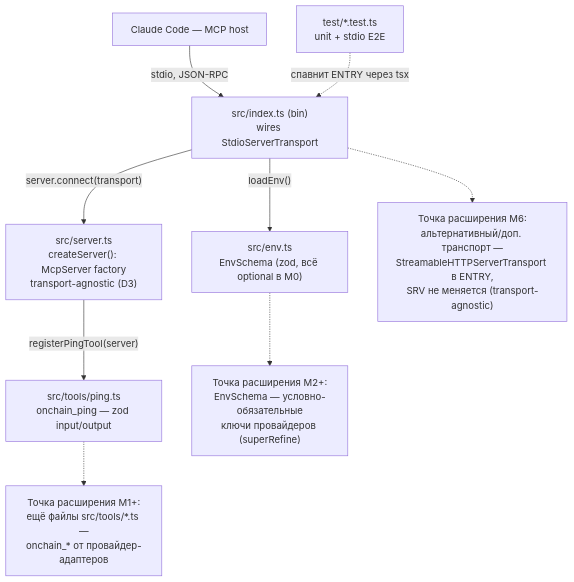
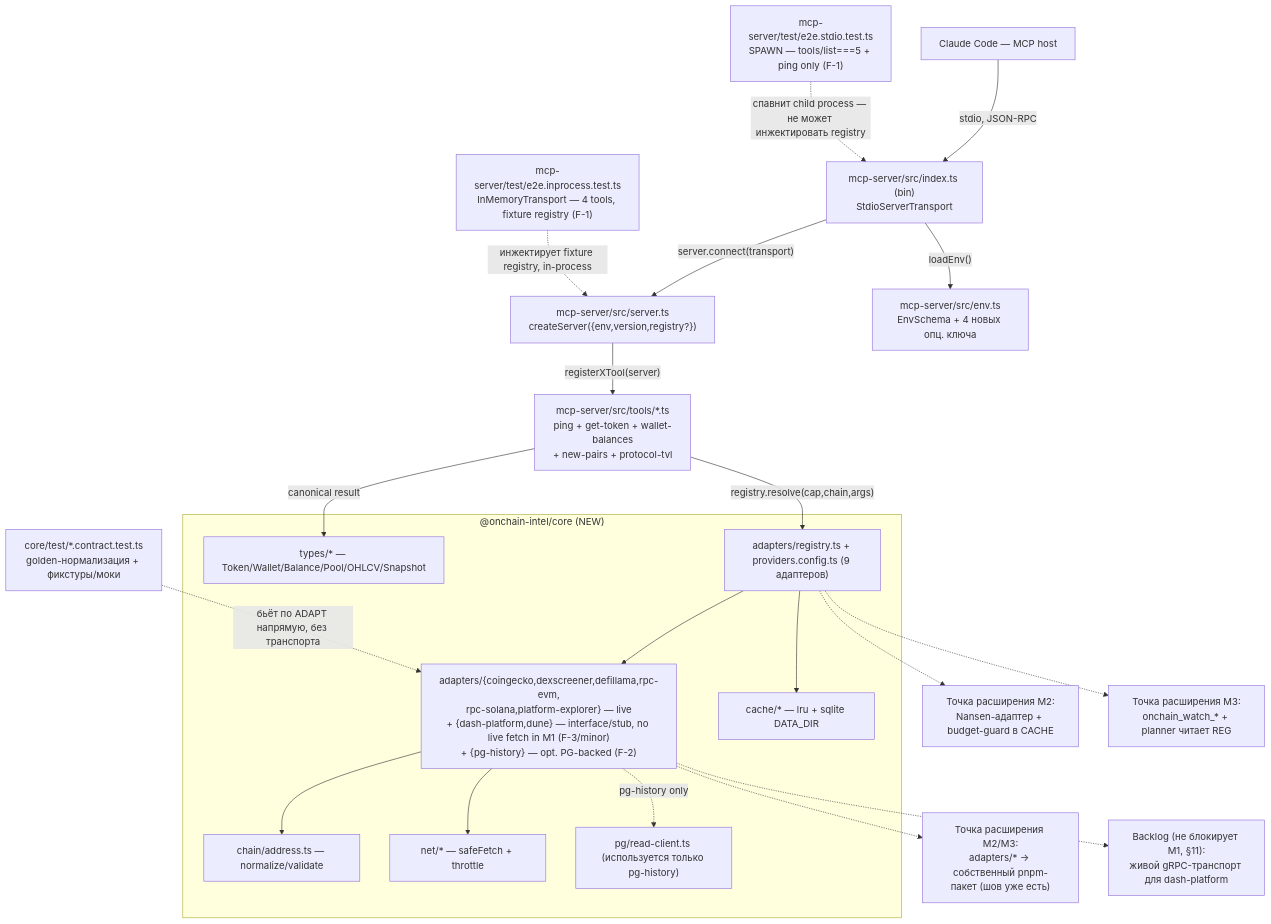
The second of 3 diagrams in docs/ARCHITECTURE.md (MatrixFounder/onchain-analytics), drawn with Mermaid before and after one commit. The commit also changed other lines of this file and 11 other files, not shown here.

First line of the commit message:
docs(m1): pipeline artifacts — TASK-003 (R-1..R-28), ARCHITECTURE v2.1, PLAN + 8 atomic tasks

````diff
--- a/docs/ARCHITECTURE.md
+++ b/docs/ARCHITECTURE.md
@@ -188,23 +785,46 @@
 ```mermaid
 flowchart TB
   HOST["Claude Code — MCP host"]
-  ENTRY["src/index.ts (bin)<br/>wires StdioServerTransport"]
-  SRV["src/server.ts<br/>createServer(): McpServer factory<br/>transport-agnostic (D3)"]
-  ENV["src/env.ts<br/>EnvSchema (zod, всё optional в M0)"]
-  PING["src/tools/ping.ts<br/>onchain_ping — zod input/output"]
-  TEST["test/*.test.ts<br/>unit + stdio E2E"]
+  ENTRY["mcp-server/src/index.ts (bin)<br/>StdioServerTransport"]
+  SRV["mcp-server/src/server.ts<br/>createServer({env,version,registry?})"]
+  ENV["mcp-server/src/env.ts<br/>EnvSchema + 4 новых опц. ключа"]
+  TOOLS["mcp-server/src/tools/*.ts<br/>ping + get-token + wallet-balances<br/>+ new-pairs + protocol-tvl"]
+
+  subgraph CORE["@onchain-intel/core (NEW)"]
+    TYPES["types/* — Token/Wallet/Balance/Pool/OHLCV/Snapshot"]
+    ADDR["chain/address.ts — normalize/validate"]
+    REG["adapters/registry.ts + providers.config.ts (9 адаптеров)"]
+    ADAPT["adapters/{coingecko,dexscreener,defillama,rpc-evm,<br/>rpc-solana,platform-explorer} — live<br/>+ {dash-platform,dune} — interface/stub, no live fetch in M1 (F-3/minor)<br/>+ {pg-history} — opt. PG-backed (F-2)"]
+    CACHE["cache/* — lru + sqlite DATA_DIR"]
+    NET["net/* — safeFetch + throttle"]
+    PGC["pg/read-client.ts (используется только pg-history)"]
+  end
+
+  TEST_SPAWN["mcp-server/test/e2e.stdio.test.ts<br/>SPAWN — tools/list===5 + ping only (F-1)"]
+  TEST_INPROC["mcp-server/test/e2e.inprocess.test.ts<br/>InMemoryTransport — 4 tools, fixture registry (F-1)"]
+  CORETEST["core/test/*.contract.test.ts<br/>golden-нормализация + фикстуры/моки"]
 
   HOST -- "stdio, JSON-RPC" --> ENTRY
   ENTRY -- "server.connect(transport)" --> SRV
   ENTRY -- "loadEnv()" --> ENV
-  SRV -- "registerPingTool(server)" --> PING
-  TEST -. "спавнит ENTRY через tsx" .-> ENTRY
+  SRV -- "registerXTool(server)" --> TOOLS
+  TOOLS -- "registry.resolve(cap,chain,args)" --> REG
+  REG --> ADAPT --> NET
+  ADAPT --> ADDR
+  REG --> CACHE
+  ADAPT -. "pg-history only" .-> PGC
+  TOOLS -- "canonical result" --> TYPES
+  TEST_SPAWN -. "спавнит child process — не может инжектировать registry" .-> ENTRY
+  TEST_INPROC -. "инжектирует fixture registry, in-process" .-> SRV
+  CORETEST -. "бьёт по ADAPT напрямую, без транспорта" .-> ADAPT
 
-  SEAM1["Точка расширения M1+:<br/>ещё файлы src/tools/*.ts —<br/>onchain_* от провайдер-адаптеров"]
-  SEAM2["Точка расширения M6:<br/>альтернативный/доп. транспорт —<br/>StreamableHTTPServerTransport в ENTRY,<br/>SRV не меняется (transport-agnostic)"]
-  SEAM3["Точка расширения M2+:<br/>EnvSchema — условно-обязательные<br/>ключи провайдеров (superRefine)"]
+  SEAM1["Точка расширения M2:<br/>Nansen-адаптер + budget-guard в CACHE"]
+  SEAM2["Точка расширения M3:<br/>onchain_watch_* + planner читает REG"]
+  SEAM3["Точка расширения M2/M3:<br/>adapters/* → собственный pnpm-пакет (шов уже есть)"]
+  SEAM4["Backlog (не блокирует M1, §11):<br/>живой gRPC-транспорт для dash-platform"]
 
-  PING -.-> SEAM1
-  ENTRY -.-> SEAM2
-  ENV -.-> SEAM3
+  REG -.-> SEAM1
+  REG -.-> SEAM2
+  ADAPT -.-> SEAM3
+  ADAPT -.-> SEAM4
 ```
````
